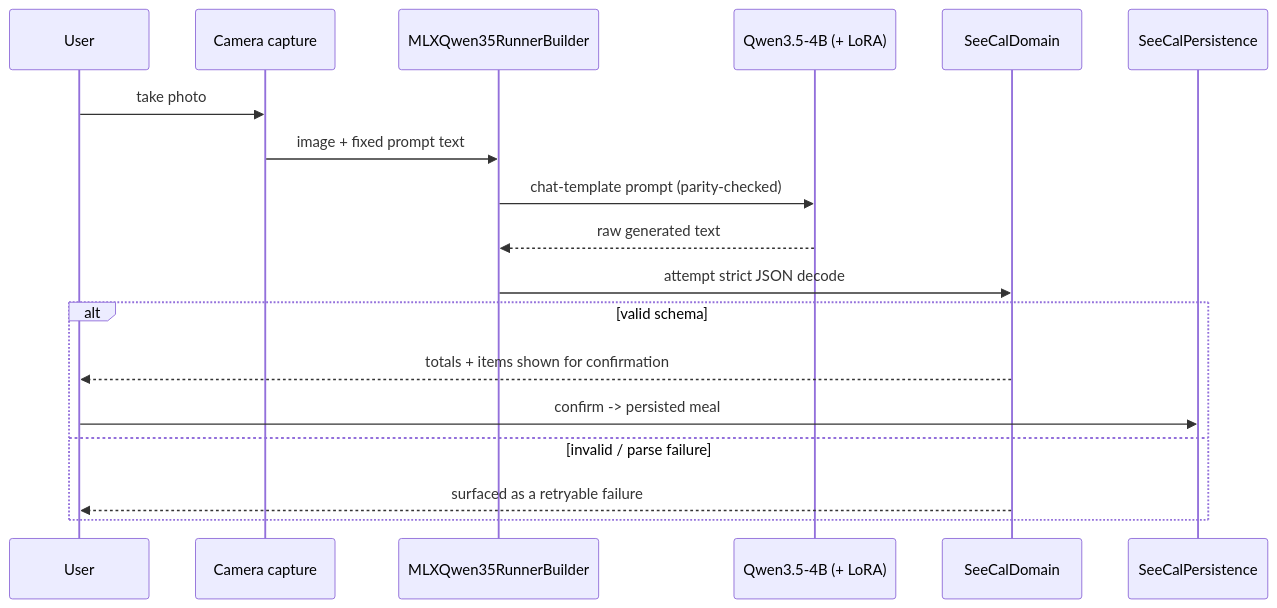
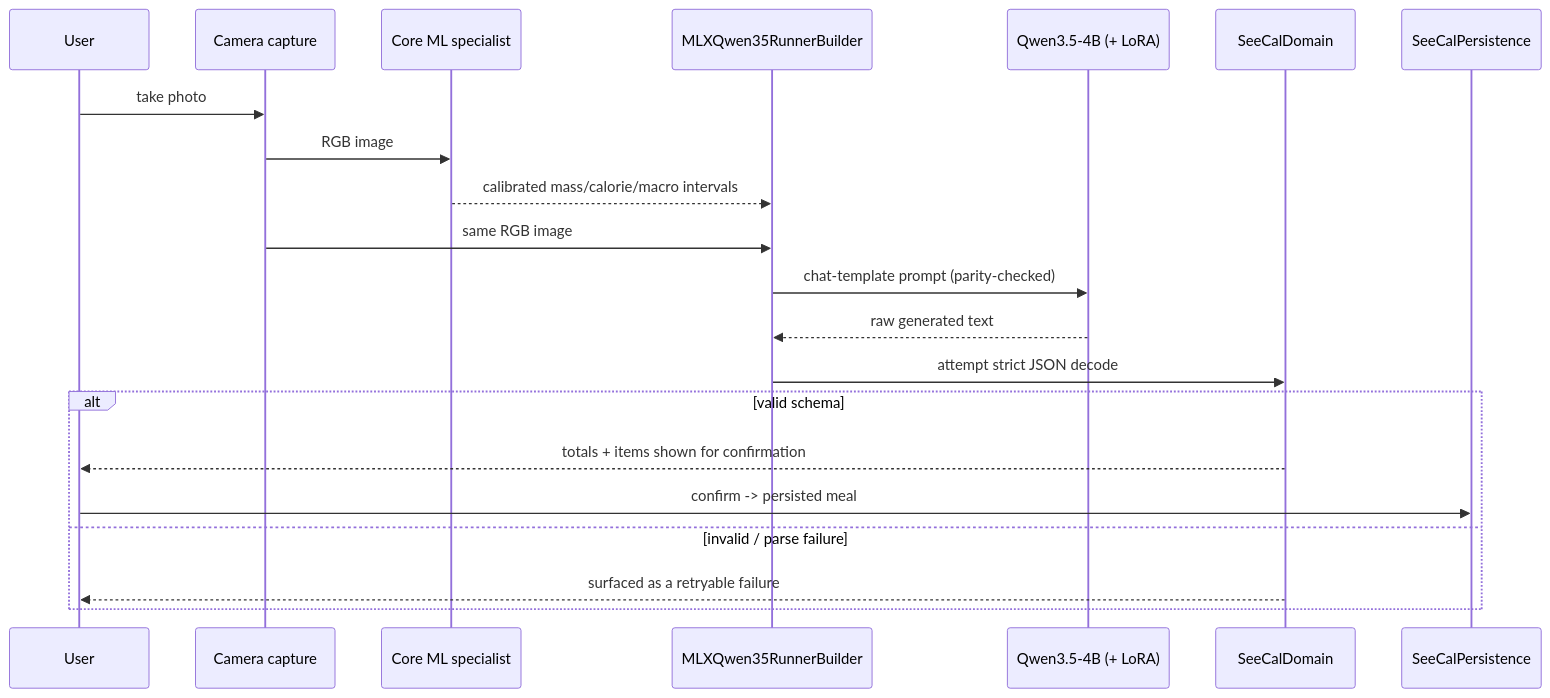
The second of 3 diagrams in docs/architecture.md (ekabanov/SeeCal), drawn with Mermaid before and after one commit. The commit also changed other lines of this file and 81 other files, not shown here.

````diff
--- a/docs/architecture.md
+++ b/docs/architecture.md
@@ -159,21 +166,24 @@
 ```mermaid
 sequenceDiagram
     participant User
     participant Camera as Camera capture
+    participant Specialist as Core ML specialist
     participant Runner as MLXQwen35RunnerBuilder
     participant Model as Qwen3.5-4B (+ LoRA)
     participant Domain as SeeCalDomain
     participant Store as SeeCalPersistence
 
     User->>Camera: take photo
-    Camera->>Runner: image + fixed prompt text
+    Camera->>Specialist: RGB image
+    Specialist-->>Runner: calibrated mass/calorie/macro intervals
+    Camera->>Runner: same RGB image
     Runner->>Model: chat-template prompt (parity-checked)
     Model-->>Runner: raw generated text
     Runner->>Domain: attempt strict JSON decode
     alt valid schema
         Domain-->>User: totals + items shown for confirmation
         User->>Store: confirm -> persisted meal
     else invalid / parse failure
         Domain-->>User: surfaced as a retryable failure
     end
 ```
````
